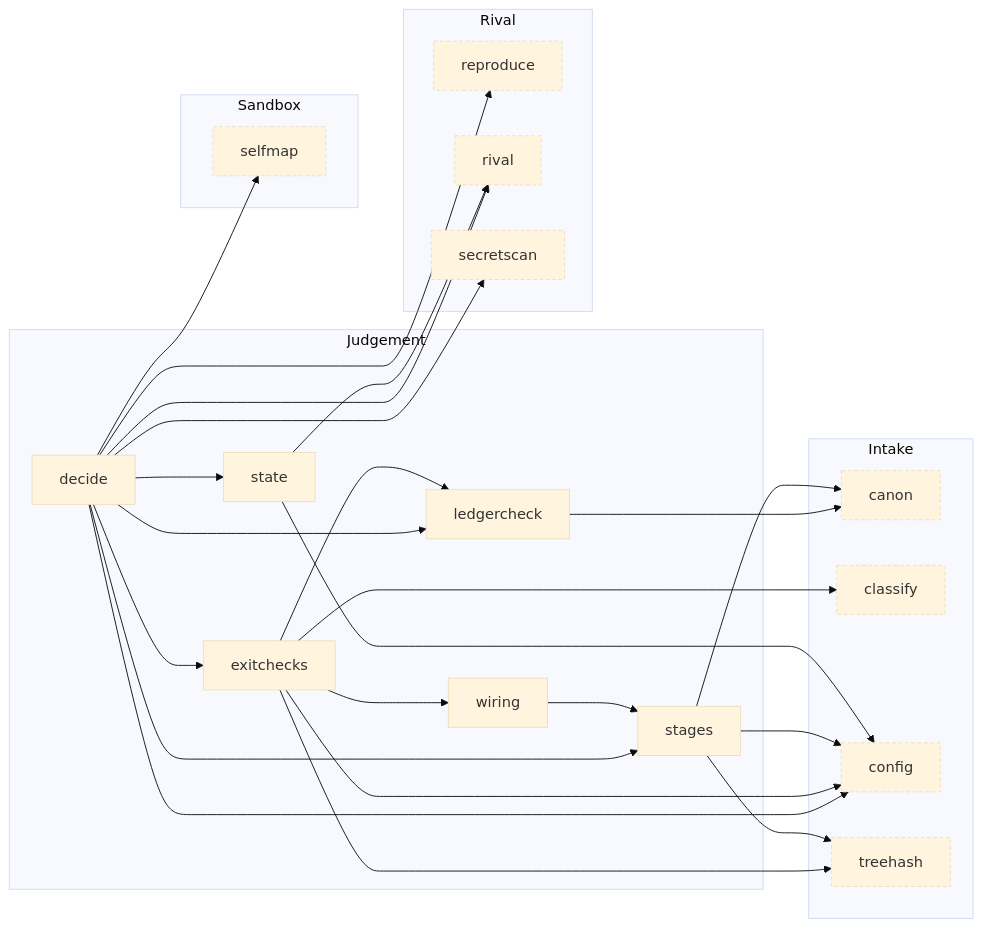
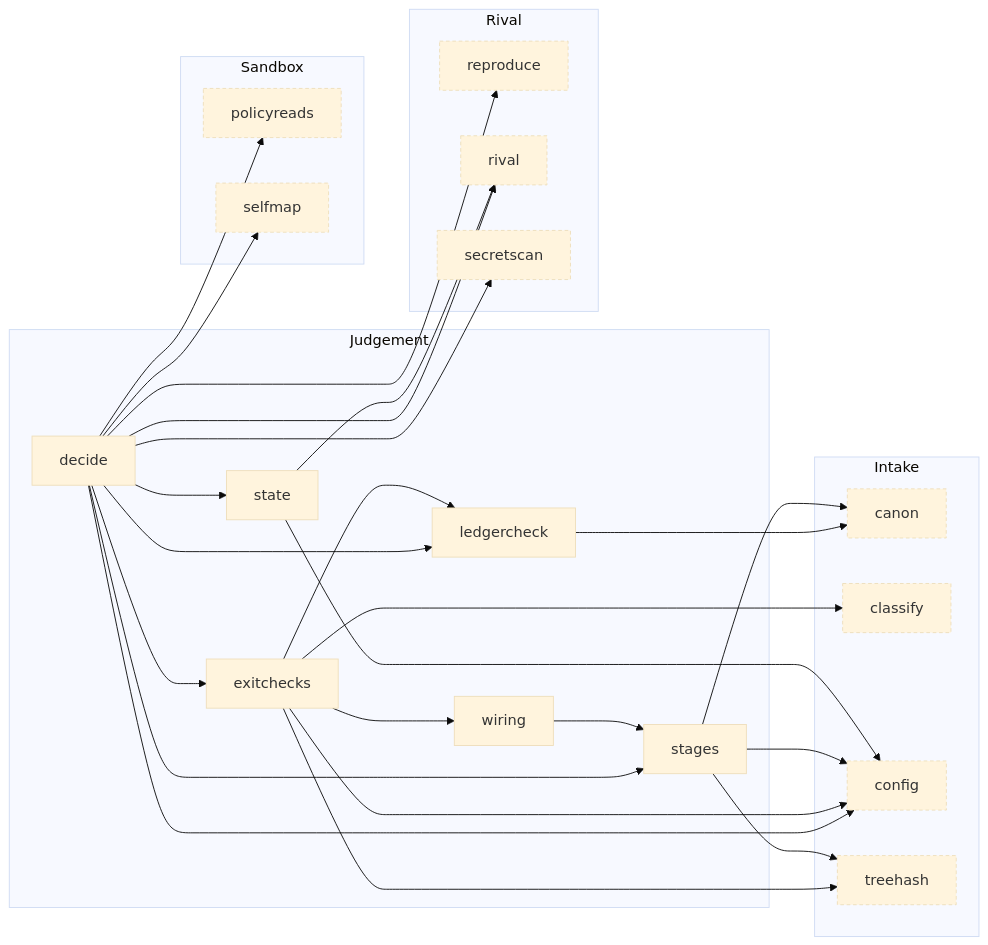
One commit to Okan-wqm/snowball-mcp changed the seventh of 8 diagrams in docs/harita.md. Above: the diagram before and after it, drawn with Mermaid (base theme). The commit also changed other lines of this file and 15 other files, not shown here.

````diff
--- a/docs/harita.md
+++ b/docs/harita.md
@@ -335,47 +343,49 @@
 ```mermaid
 flowchart LR
   subgraph a_Judgement["Judgement"]
     m_decide["decide"]
     m_exitchecks["exitchecks"]
     m_ledgercheck["ledgercheck"]
     m_stages["stages"]
     m_state["state"]
     m_wiring["wiring"]
   end
   subgraph a_Intake["Intake"]
     m_canon["canon"]:::outside
     m_classify["classify"]:::outside
     m_config["config"]:::outside
     m_treehash["treehash"]:::outside
   end
   subgraph a_Rival["Rival"]
     m_reproduce["reproduce"]:::outside
     m_rival["rival"]:::outside
     m_secretscan["secretscan"]:::outside
   end
   subgraph a_Sandbox["Sandbox"]
+    m_policyreads["policyreads"]:::outside
     m_selfmap["selfmap"]:::outside
   end
   m_decide --> m_config
   m_decide --> m_exitchecks
   m_decide --> m_ledgercheck
+  m_decide --> m_policyreads
   m_decide --> m_reproduce
   m_decide --> m_rival
   m_decide --> m_secretscan
   m_decide --> m_selfmap
   m_decide --> m_stages
   m_decide --> m_state
   m_exitchecks --> m_classify
   m_exitchecks --> m_config
   m_exitchecks --> m_ledgercheck
   m_exitchecks --> m_treehash
   m_exitchecks --> m_wiring
   m_ledgercheck --> m_canon
   m_stages --> m_canon
   m_stages --> m_config
   m_stages --> m_treehash
   m_state --> m_config
   m_state --> m_rival
   m_wiring --> m_stages
   classDef outside stroke-dasharray: 4 3
 ```
````
